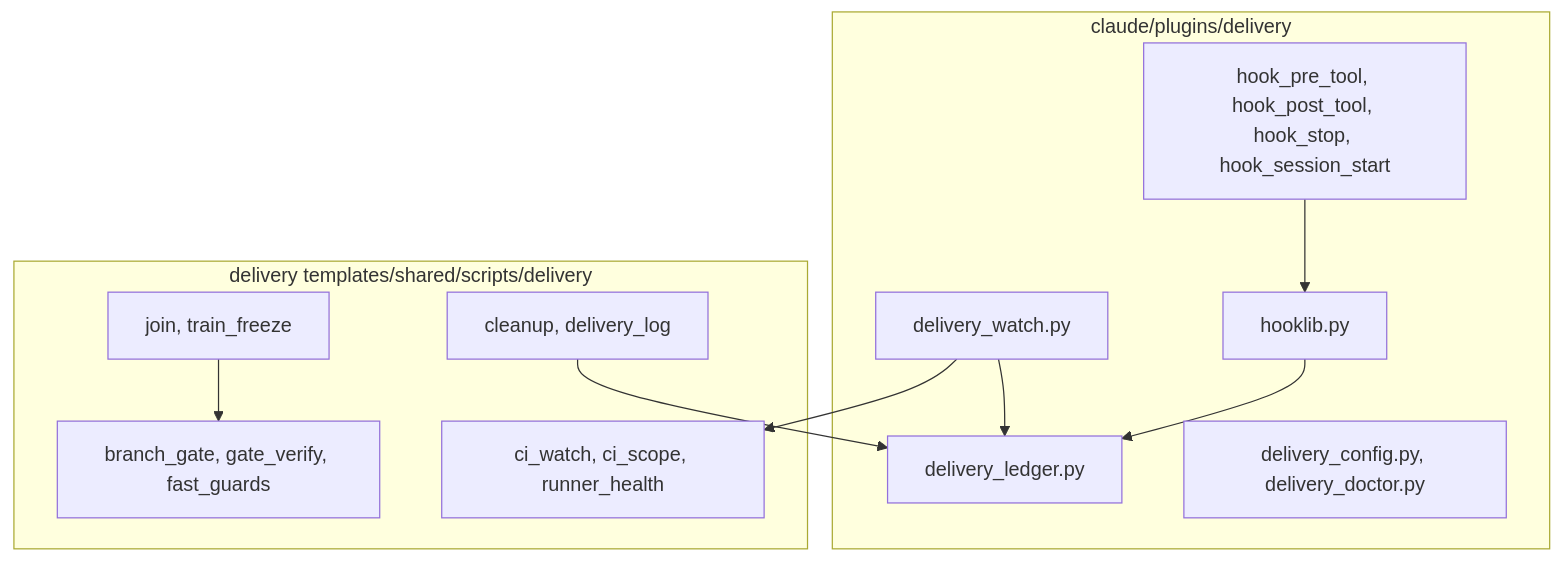
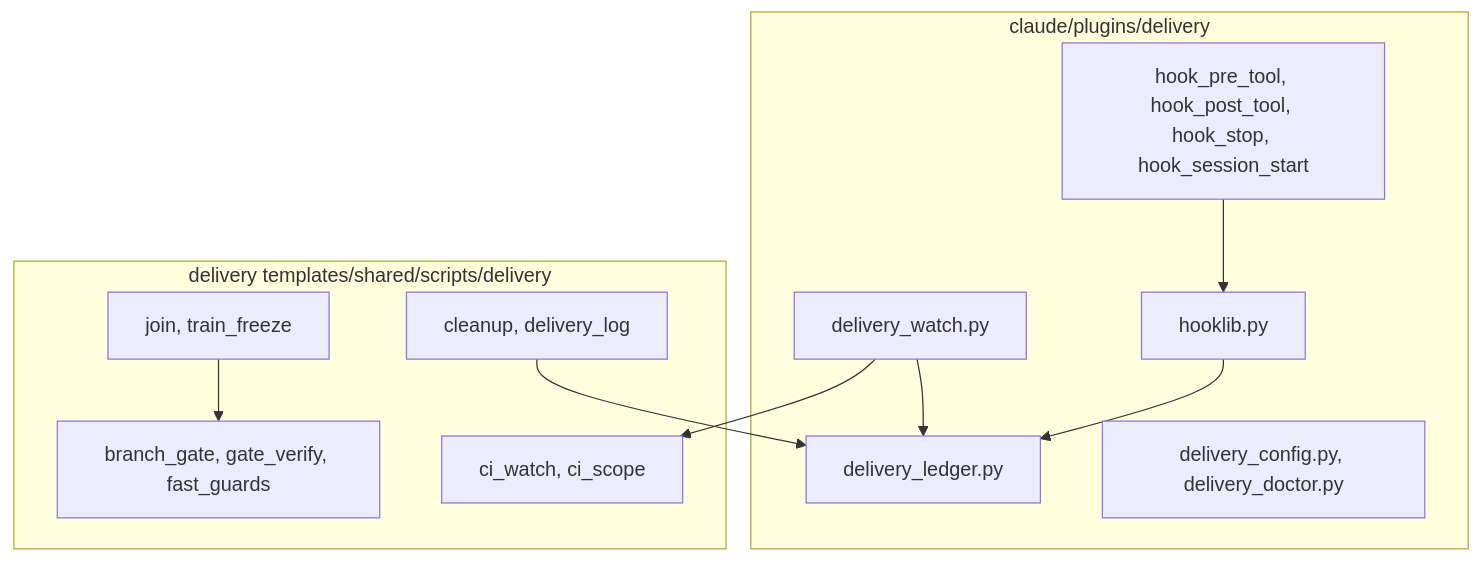
Before and after one commit to luis-mc/dev-standards: the second of 5 diagrams in docs/features/delivery/spec.md, drawn with Mermaid. The commit also changed 25 other files, not shown here.

````diff
--- a/docs/features/delivery/spec.md
+++ b/docs/features/delivery/spec.md
@@ -243,21 +243,21 @@
 ```mermaid
 flowchart TB
   subgraph plugin[claude/plugins/delivery]
     hooks[hook_pre_tool, hook_post_tool, hook_stop, hook_session_start]
     lib[hooklib.py]
     led[delivery_ledger.py]
     w[delivery_watch.py]
     cfg[delivery_config.py, delivery_doctor.py]
   end
   subgraph shared[delivery templates/shared/scripts/delivery]
     gate[branch_gate, gate_verify, fast_guards]
     j[join, train_freeze]
-    c[ci_watch, ci_scope, runner_health]
+    c[ci_watch, ci_scope]
     cl[cleanup, delivery_log]
   end
   hooks --> lib --> led
   w --> led
   w --> c
   j --> gate
   cl --> led
 ```
````
